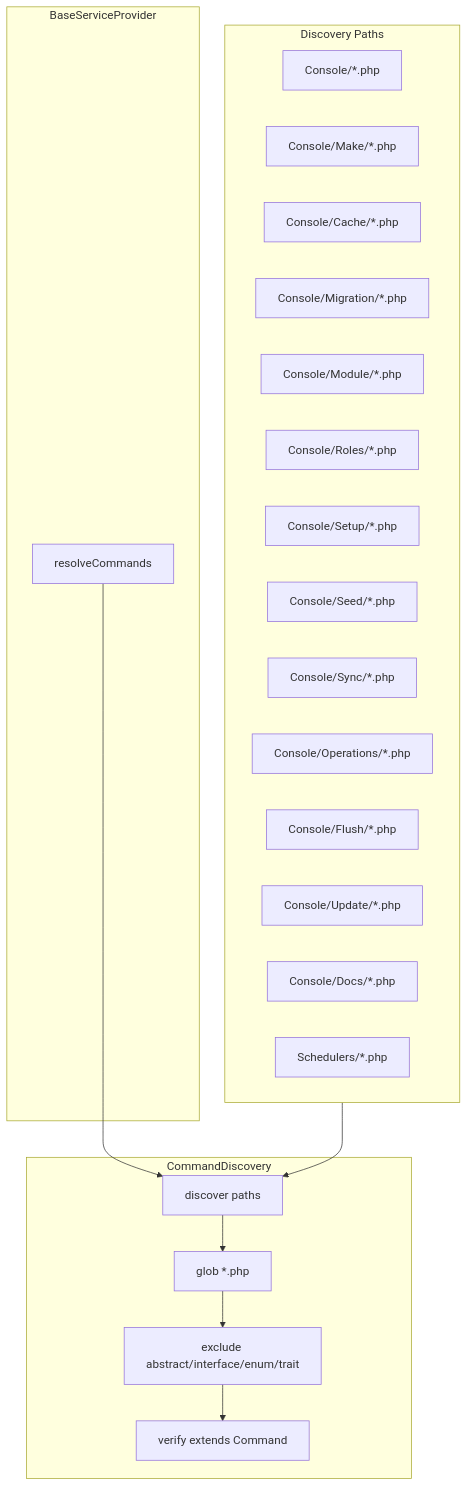
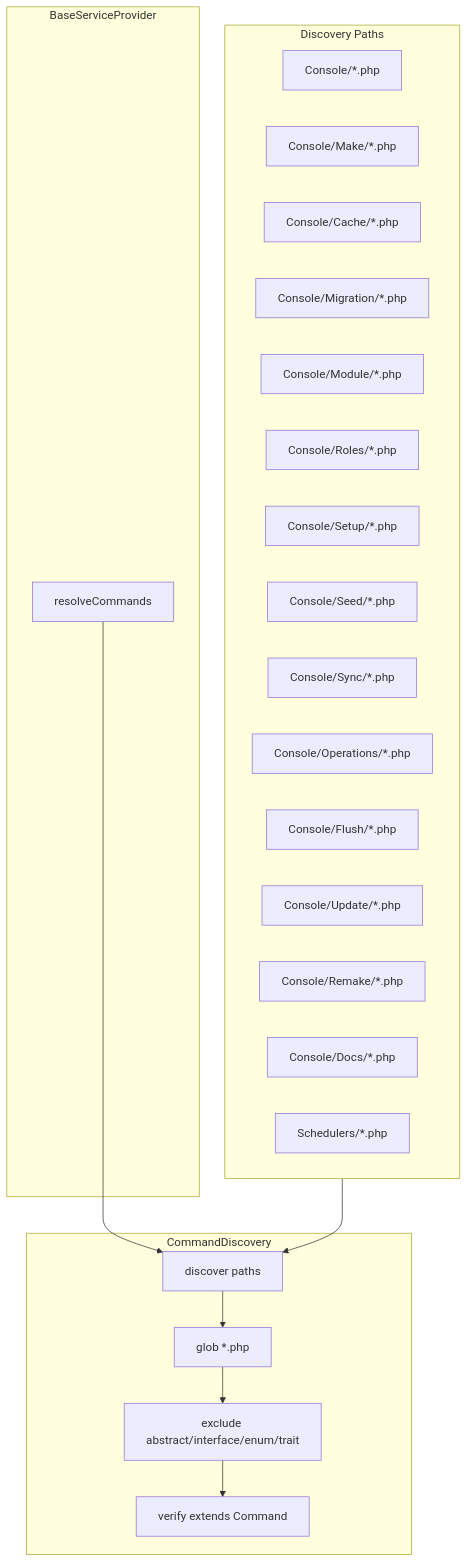
The diagram in src/Console/AGENTS.md (unusualify/modularity), drawn with Mermaid before and after one commit. The commit also changed other lines of this file, not shown here.

First line of the commit message:
docs(console): update AGENTS.md to include Remake command details

````diff
--- a/src/Console/AGENTS.md
+++ b/src/Console/AGENTS.md
@@ -7,36 +7,37 @@
 ```mermaid
 flowchart TB
     subgraph BaseServiceProvider [BaseServiceProvider]
         resolveCommands[resolveCommands]
     end
 
     subgraph CommandDiscovery [CommandDiscovery]
         discover[discover paths]
         glob[glob *.php]
         exclude[exclude abstract/interface/enum/trait]
         verify[verify extends Command]
     end
 
     subgraph Paths [Discovery Paths]
         root[Console/*.php]
         make[Console/Make/*.php]
         cache[Console/Cache/*.php]
         migration[Console/Migration/*.php]
         module[Console/Module/*.php]
         roles[Console/Roles/*.php]
         setup[Console/Setup/*.php]
         seed[Console/Seed/*.php]
         sync[Console/Sync/*.php]
         operations[Console/Operations/*.php]
         flush[Console/Flush/*.php]
         update[Console/Update/*.php]
+        remake[Console/Remake/*.php]
         docs[Console/Docs/*.php]
         schedulers[Schedulers/*.php]
     end
 
     resolveCommands --> discover
     discover --> glob
     glob --> exclude
     exclude --> verify
     Paths --> discover
 ```
````
